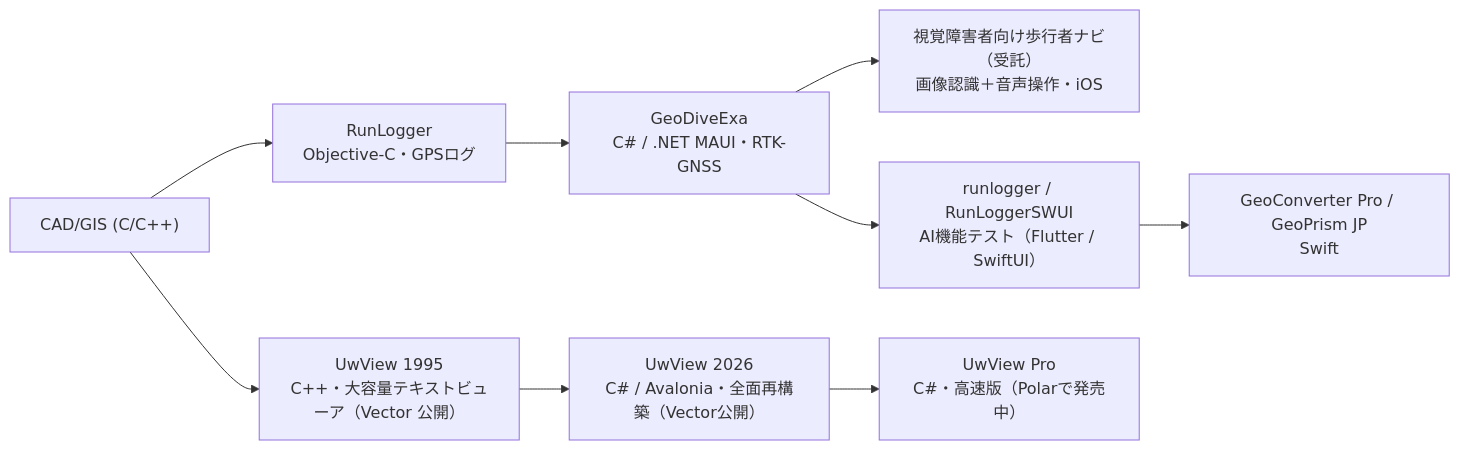
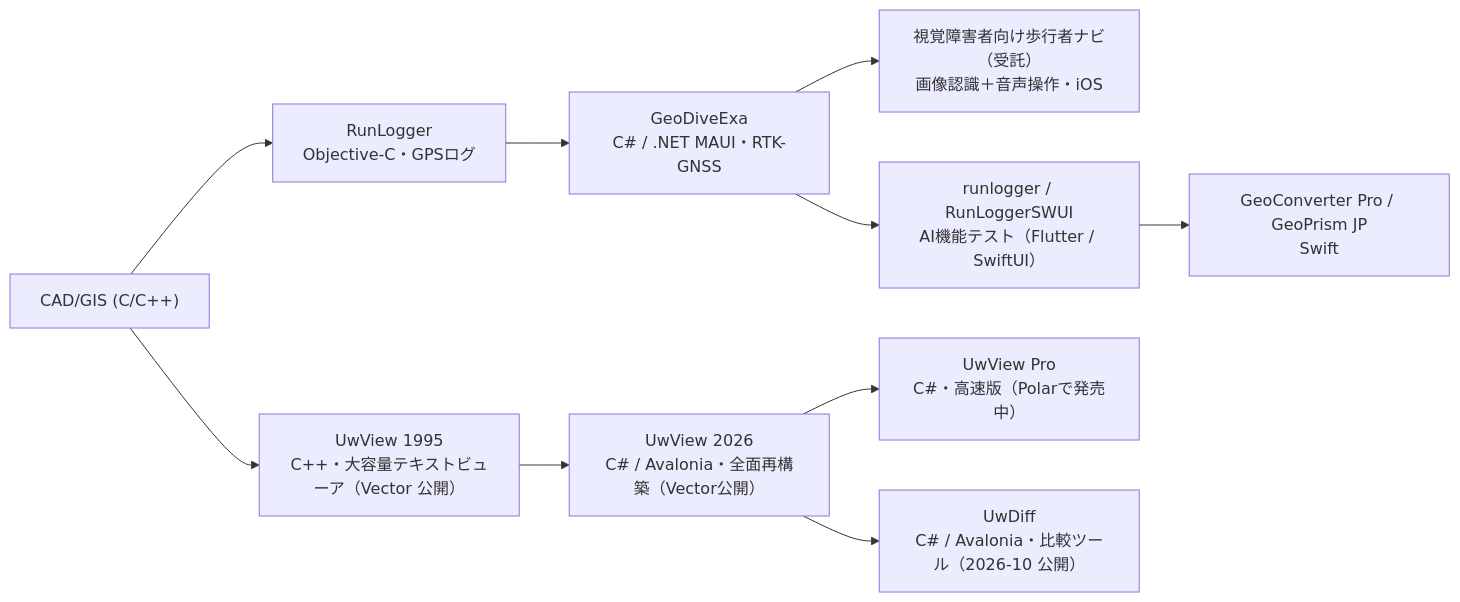
Before and after one commit to amru195704/amru195704: the diagram in README.md, drawn with Mermaid. The commit also changed other lines of this file and 1 other file, not shown here.

````diff
--- a/README.md
+++ b/README.md
@@ -101,11 +117,12 @@
 ```mermaid
 flowchart LR
     CADGIS["CAD/GIS (C/C++)"] --> RL["RunLogger<br/>Objective-C・GPSログ"]
     CADGIS --> UW1995
     RL --> GDE["GeoDiveExa<br/>C# / .NET MAUI・RTK-GNSS"]
     GDE --> NAVI["視覚障害者向け歩行者ナビ（受託）<br/>画像認識＋音声操作・iOS"]
     GDE --> TEST["runlogger / RunLoggerSWUI<br/>AI機能テスト（Flutter / SwiftUI）"]
     TEST --> SWIFT["GeoConverter Pro / GeoPrism JP<br/>Swift"]
     UW1995["UwView 1995<br/>C++・大容量テキストビューア（Vector 公開）"] --> UW2026["UwView 2026<br/>C# / Avalonia・全面再構築（Vector公開）"]
     UW2026 --> UWPRO["UwView Pro<br/>C#・高速版（Polarで発売中）"]
+    UW2026 --> UVD["UwDiff<br/>C# / Avalonia・比較ツール（2026-10 公開）"]
 ```
````
